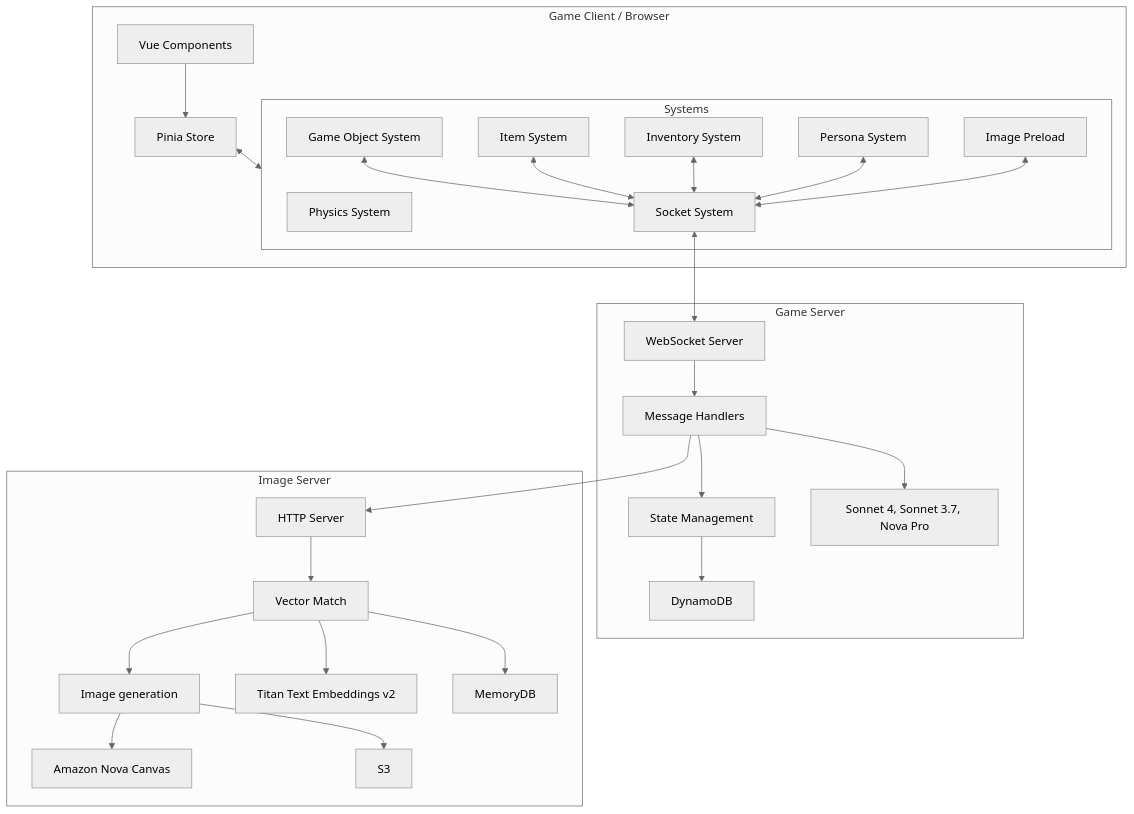
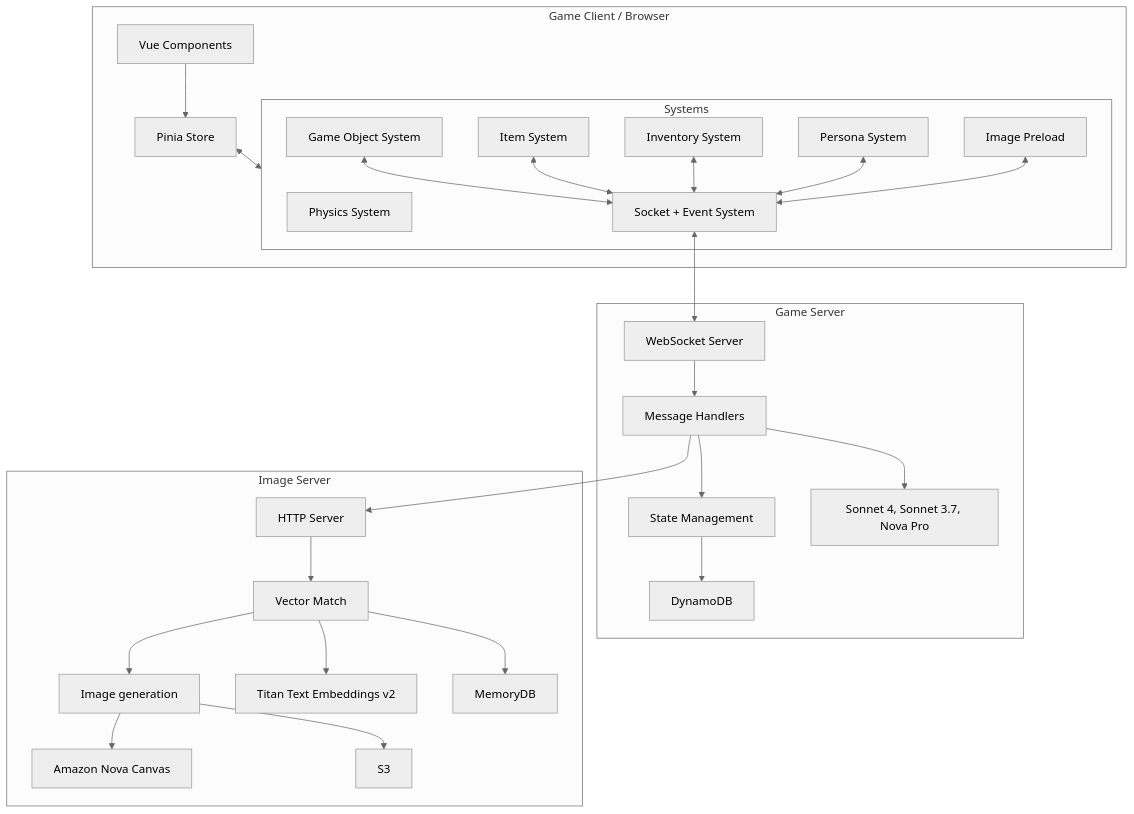
One commit to kirodotdev/spirit-of-kiro changed the diagram in docs/index.md. Above: the diagram before and after it, drawn with Mermaid (neutral theme). The commit also changed 2 other files, not shown here.

Commit message:
more ops docs

````diff
--- a/docs/index.md
+++ b/docs/index.md
@@ -8,57 +8,57 @@
 ```mermaid
 graph TB
     subgraph Game Client / Browser
         UI[Vue Components]
         Store[Pinia Store]
         subgraph Systems
             Physics[Physics System]
-            Socket[Socket System]
+            Socket[Socket + Event System]
             GameObject[Game Object System]
             Item[Item System]
             Inventory[Inventory System]
             Persona[Persona System]
             Preloader[Image Preload]
         end
         UI --> Store
         Store <--> Systems
 
         GameObject <--> Socket
         Item <--> Socket
         Inventory <--> Socket
         Persona <--> Socket
         Preloader <--> Socket
     end
 
     subgraph Game Server
         WS[WebSocket Server]
         Handlers[Message Handlers]
         State[State Management]
         DB[DynamoDB]
         claude[Sonnet 4, Sonnet 3.7, Nova Pro]
 
         Socket <--> WS
         WS --> Handlers
         Handlers --> State
         State --> DB 
         Handlers --> claude
         
     end
 
     subgraph Image Server
       HTTP[HTTP Server]
       Handlers --> HTTP
 
       Vector[Vector Match]
       ImageGen[Image generation]
       titanText[Titan Text Embeddings v2]
       novaCanvas[Amazon Nova Canvas]
       MemoryDB[MemoryDB]
       S3[S3]
 
       HTTP --> Vector --> ImageGen
       Vector --> titanText
       Vector --> MemoryDB
       ImageGen --> novaCanvas
       ImageGen --> S3
     end
 ```
````
